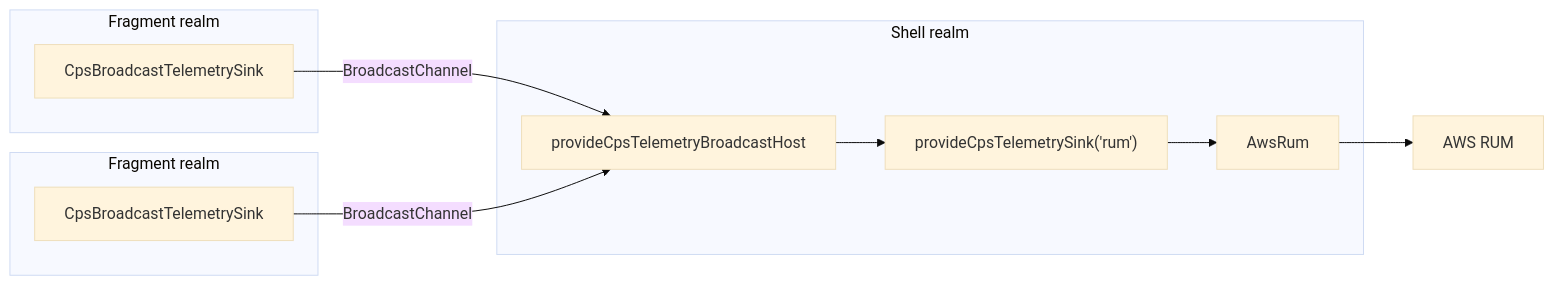
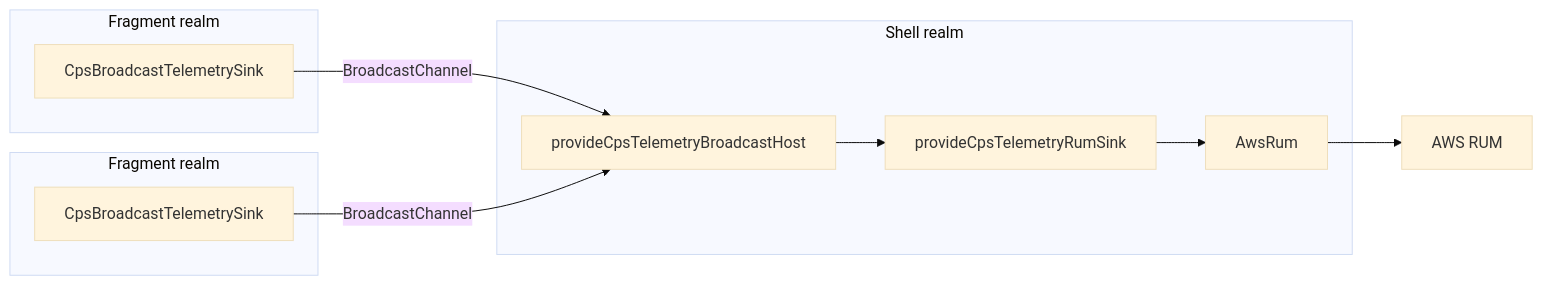
One commit to AbsaOSS/cps-shared-ui changed the fourth of 4 diagrams in projects/cps-telemetry/DESIGN.md. Above: the diagram before and after it, drawn with Mermaid (base theme). The commit also changed other lines of this file and 19 other files, not shown here.

````diff
--- a/projects/cps-telemetry/DESIGN.md
+++ b/projects/cps-telemetry/DESIGN.md
@@ -1454,17 +1476,17 @@
 ```mermaid
 flowchart LR
     subgraph shell [Shell realm]
-      S["provideCpsTelemetrySink('rum')"] --> R[AwsRum]
+      S[provideCpsTelemetryRumSink] --> R[AwsRum]
       H[provideCpsTelemetryBroadcastHost]
       H --> S
     end
     subgraph f1 [Fragment realm]
       A[CpsBroadcastTelemetrySink]
     end
     subgraph f2 [Fragment realm]
       B[CpsBroadcastTelemetrySink]
     end
     A -- BroadcastChannel --> H
     B -- BroadcastChannel --> H
     R --> AWS[AWS RUM]
 ```
````
